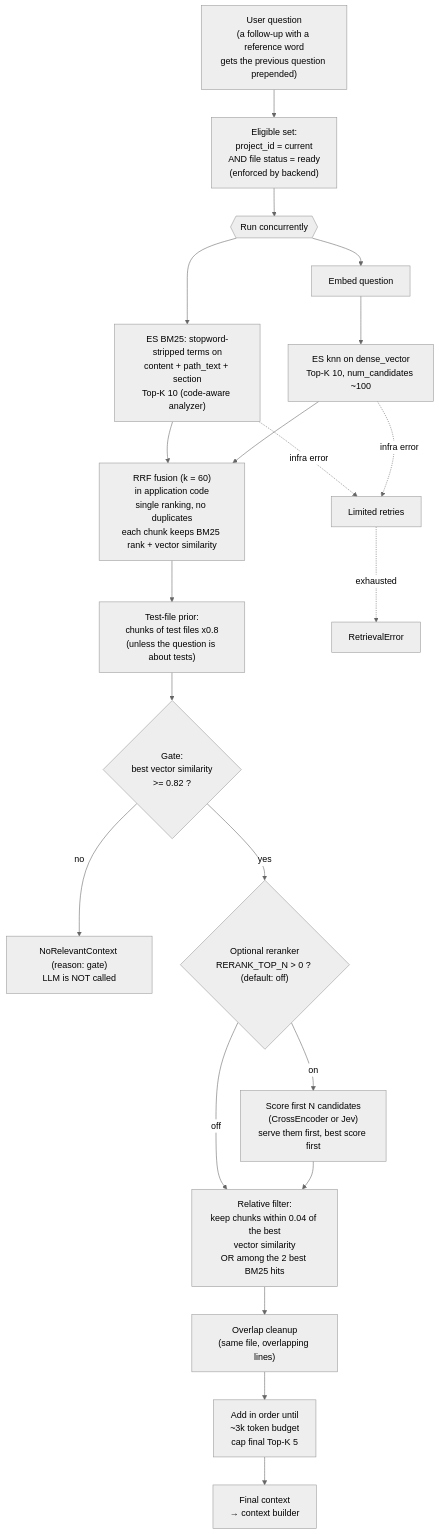
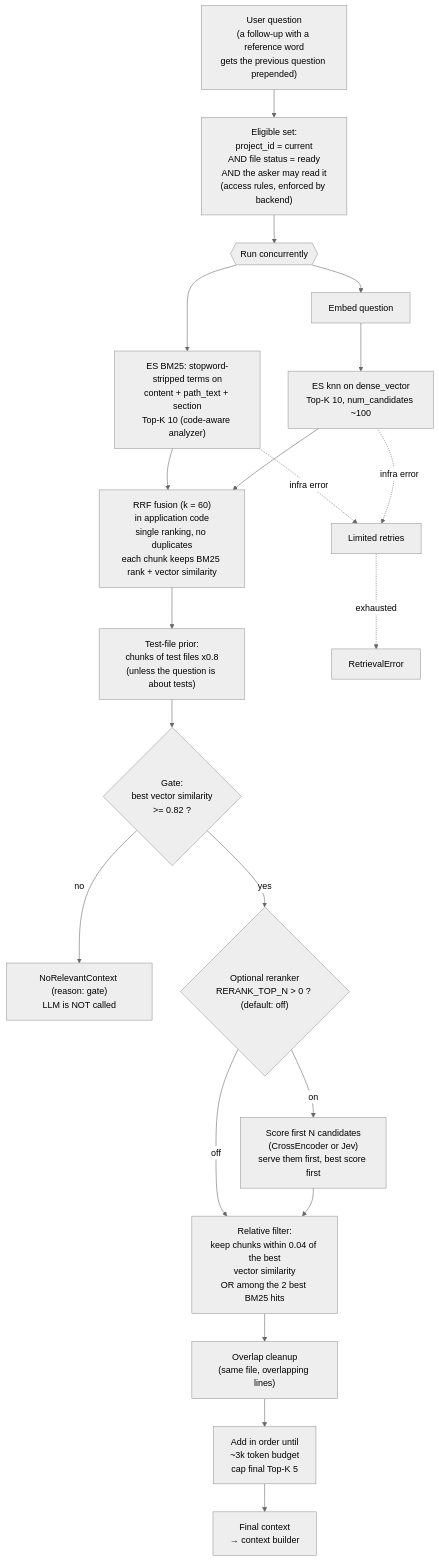
The diagram in Docs/Plan/Diagrams/05-retrieval-pipeline.md (Shashank8602/DevDocs), drawn with Mermaid (neutral theme) before and after one commit. The commit also changed other lines of this file and 21 other files, not shown here.

````diff
--- a/Docs/Plan/Diagrams/05-retrieval-pipeline.md
+++ b/Docs/Plan/Diagrams/05-retrieval-pipeline.md
@@ -5,27 +5,27 @@
 ```mermaid
 flowchart TD
-    Q["User question<br/>(a follow-up with a reference word<br/>gets the previous question prepended)"] --> Elig["Eligible set:<br/>project_id = current<br/>AND file status = ready<br/>(enforced by backend)"]
+    Q["User question<br/>(a follow-up with a reference word<br/>gets the previous question prepended)"] --> Elig["Eligible set:<br/>project_id = current<br/>AND file status = ready<br/>AND the asker may read it<br/>(access rules, enforced by backend)"]
     Elig --> Par{{"Run concurrently"}}
 
     Par --> BM["ES BM25: stopword-stripped terms on<br/>content + path_text + section<br/>Top-K 10 (code-aware analyzer)"]
     Par --> EQ["Embed question"] --> KNN["ES knn on dense_vector<br/>Top-K 10, num_candidates ~100"]
 
     BM --> RRF["RRF fusion (k = 60)<br/>in application code<br/>single ranking, no duplicates<br/>each chunk keeps BM25 rank + vector similarity"]
     KNN --> RRF
     RRF --> Prior["Test-file prior:<br/>chunks of test files x0.8<br/>(unless the question is about tests)"]
 
     Prior --> Gate{"Gate:<br/>best vector similarity<br/>>= 0.82 ?"}
     Gate -- no --> NRC["NoRelevantContext (reason: gate)<br/>LLM is NOT called"]
     Gate -- yes --> RR{"Optional reranker<br/>RERANK_TOP_N > 0 ? (default: off)"}
     RR -- "on" --> CE["Score first N candidates<br/>(CrossEncoder or Jev)<br/>serve them first, best score first"]
     RR -- "off" --> Flt
     CE --> Flt
 
     Flt["Relative filter:<br/>keep chunks within 0.04 of the best<br/>vector similarity<br/>OR among the 2 best BM25 hits"] --> Dedup["Overlap cleanup<br/>(same file, overlapping lines)"]
     Dedup --> Budget["Add in order until<br/>~3k token budget<br/>cap final Top-K 5"]
     Budget --> Ctx["Final context<br/>→ context builder"]
 
     BM -. "infra error" .-> Retry["Limited retries"]
     KNN -. "infra error" .-> Retry
     Retry -. "exhausted" .-> Err["RetrievalError"]
 ```
````
